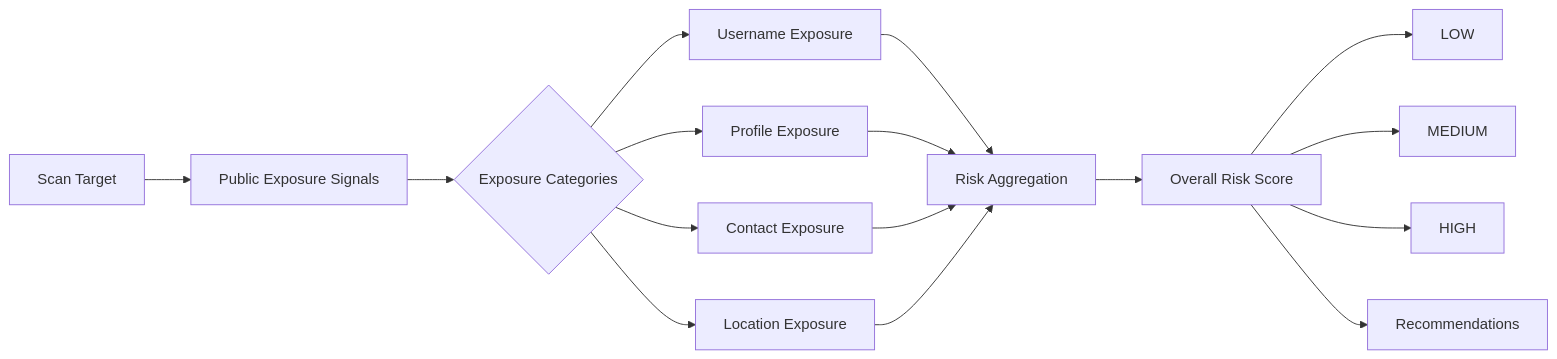
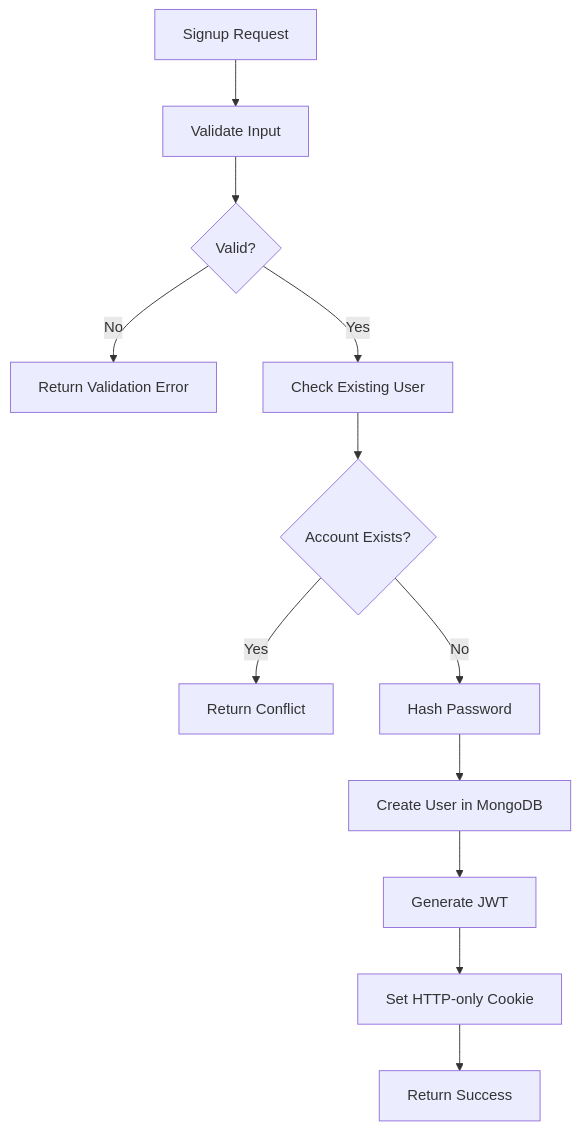
The second of 8 diagrams in README.md (Satyamtiwari23/Trace_My_Self), drawn with Mermaid before and after one commit. The commit also changed other lines of this file, not shown here.

````diff
--- a/README.md
+++ b/README.md
@@ -176,24 +628,14 @@
 ```mermaid
-flowchart LR
-    A[Scan Target] --> B[Public Exposure Signals]
-
-    B --> C{Exposure Categories}
-
-    C --> D[Username Exposure]
-    C --> E[Profile Exposure]
-    C --> F[Contact Exposure]
-    C --> G[Location Exposure]
-
-    D --> H[Risk Aggregation]
-    E --> H
-    F --> H
-    G --> H
-
-    H --> I[Overall Risk Score]
-
-    I --> J[LOW]
-    I --> K[MEDIUM]
-    I --> L[HIGH]
-
-    I --> M[Recommendations]
+flowchart TD
+    A[Signup Request] --> B[Validate Input]
+    B --> C{Valid?}
+    C -- No --> D[Return Validation Error]
+    C -- Yes --> E[Check Existing User]
+    E --> F{Account Exists?}
+    F -- Yes --> G[Return Conflict]
+    F -- No --> H[Hash Password]
+    H --> I[Create User in MongoDB]
+    I --> J[Generate JWT]
+    J --> K[Set HTTP-only Cookie]
+    K --> L[Return Success]
 ```
````
